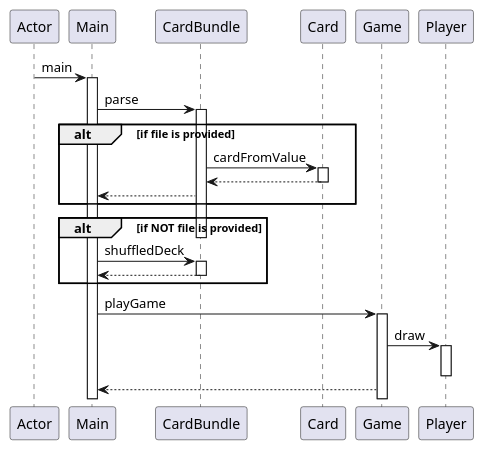
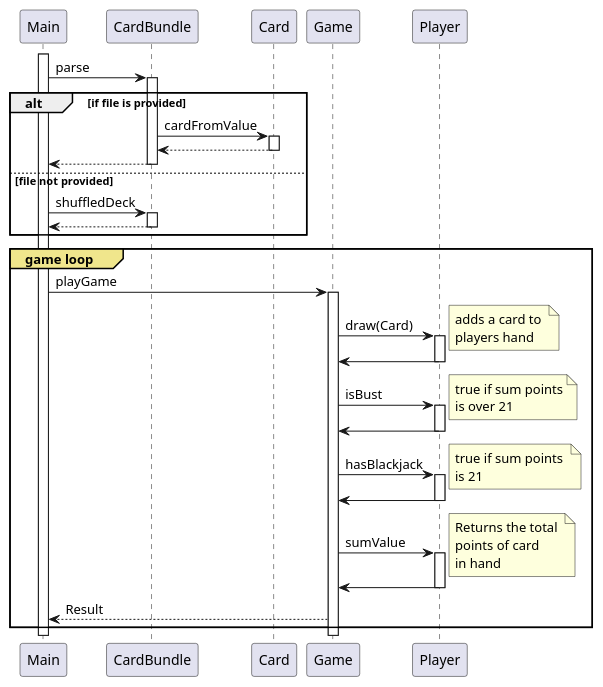
Before and after one commit to badeand/canyoubeatthedealerat21: the diagram in doc/plantuml/sequence.puml, drawn with PlantUML. The commit also changed 2 other files, not shown here.

```diff
--- a/doc/plantuml/sequence.puml
+++ b/doc/plantuml/sequence.puml
@@ -1,36 +1,55 @@
 @startuml
 
-participant Actor
-Actor -> Main : main
-activate Main
+ activate Main
 Main -> CardBundle : parse
 activate CardBundle
 
 alt if file is provided
     CardBundle -> Card : cardFromValue
     activate Card
     Card --> CardBundle
     deactivate Card
     CardBundle --> Main
-end
-
-alt if NOT file is provided
+else file not provided
     deactivate CardBundle
     Main -> CardBundle : shuffledDeck
     activate CardBundle
     CardBundle --> Main
     deactivate CardBundle
 end
 
 
+group#Khaki game loop
+
 Main -> Game : playGame
 activate Game
 
-Game -> Player: draw
+Game -> Player: draw(Card)
+note right: adds a card to \nplayers hand
 activate Player
+Game <- Player
 deactivate Player
 
-Game --> Main
+Game -> Player: isBust
+note right: true if sum points\nis over 21
+activate Player
+Game <- Player
+deactivate Player
 
+Game -> Player: hasBlackjack
+note right: true if sum points \nis 21
+activate Player
+Game <- Player
+deactivate Player
+
+Game -> Player: sumValue
+note right: Returns the total \npoints of card \nin hand
+activate Player
+Game <- Player
+deactivate Player
+
+Game --> Main: Result
+
+end group
 
 @enduml
```
